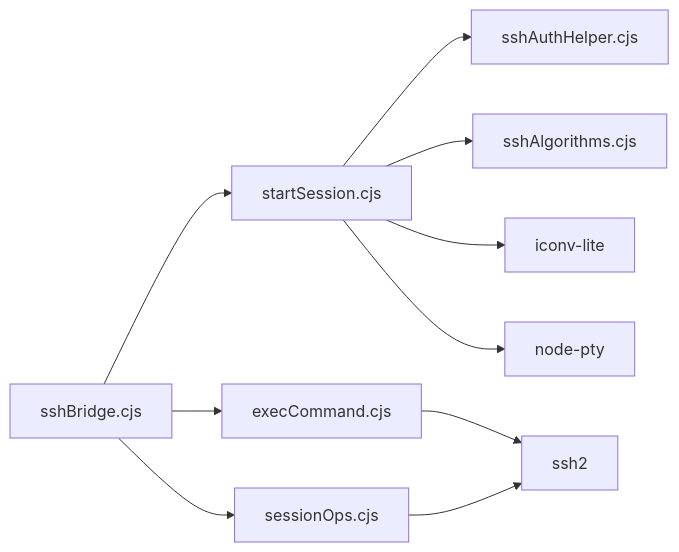
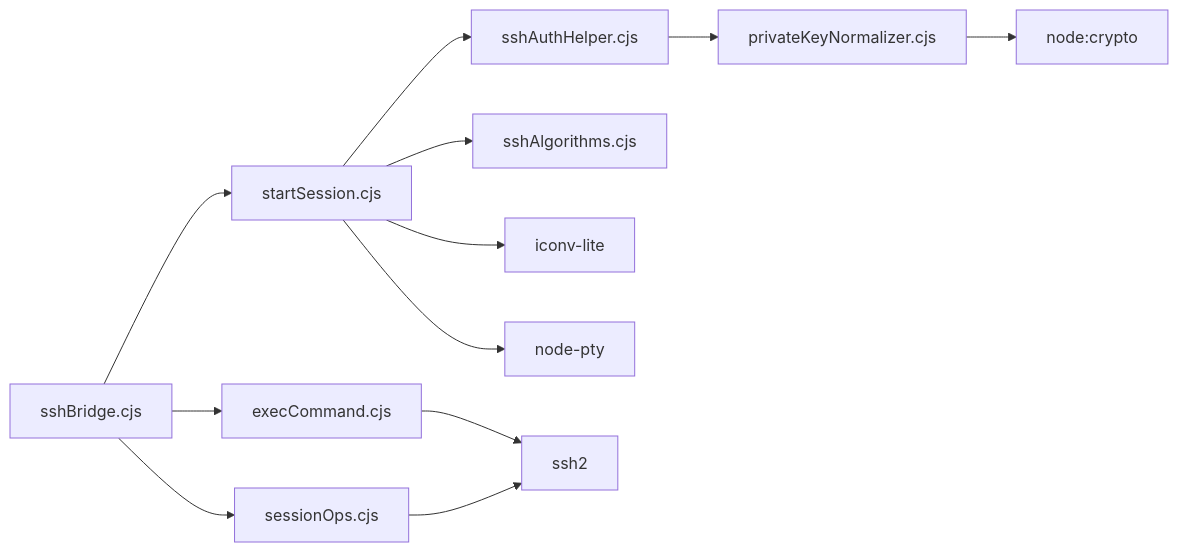
The eighth of 8 diagrams in .qoder/repowiki/zh/content/API参考/IPC桥接API/SSH桥接API.md (szeiyou/Netcatty), drawn with Mermaid before and after one commit. The commit also changed other lines of this file and 8 other files, not shown here.

````diff
--- a/.qoder/repowiki/zh/content/API参考/IPC桥接API/SSH桥接API.md
+++ b/.qoder/repowiki/zh/content/API参考/IPC桥接API/SSH桥接API.md
@@ -322,12 +428,14 @@
 ```mermaid
 graph LR
 SB["sshBridge.cjs"] --> SS["startSession.cjs"]
 SB --> EC["execCommand.cjs"]
 SB --> SO["sessionOps.cjs"]
 SS --> AH["sshAuthHelper.cjs"]
 SS --> AL["sshAlgorithms.cjs"]
+AH --> PN["privateKeyNormalizer.cjs"]
+PN --> CRYPTO["node:crypto"]
 SS --> ICONV["iconv-lite"]
 SS --> PTY["node-pty"]
 EC --> SSH2["ssh2"]
 SO --> SSH2
 ```
````
